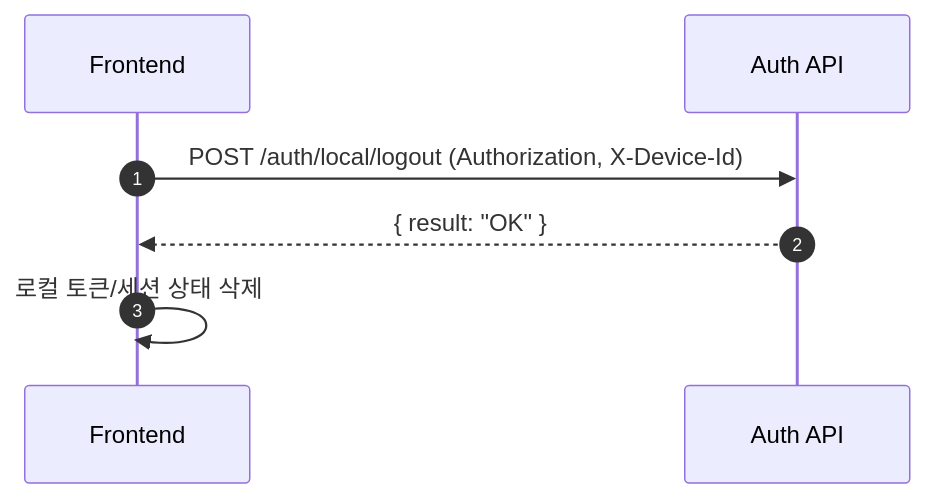
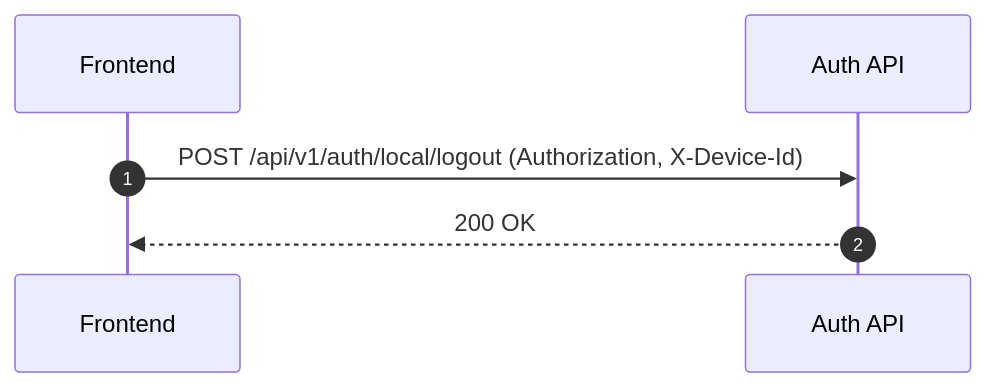
Before and after one commit to SooLee99/soo-auth-service: the third of 5 diagrams in docs/guides/README_FRONTEND_API.md, drawn with Mermaid. The commit also changed other lines of this file and 5 other files, not shown here.

````diff
--- a/docs/guides/README_FRONTEND_API.md
+++ b/docs/guides/README_FRONTEND_API.md
@@ -118,10 +96,9 @@
 ```mermaid
 sequenceDiagram
     autonumber
     participant FE as Frontend
     participant API as Auth API
 
-    FE->>API: POST /auth/local/logout (Authorization, X-Device-Id)
-    API-->>FE: { result: "OK" }
-    FE->>FE: 로컬 토큰/세션 상태 삭제
+    FE->>API: POST /api/v1/auth/local/logout (Authorization, X-Device-Id)
+    API-->>FE: 200 OK
 ```
````
